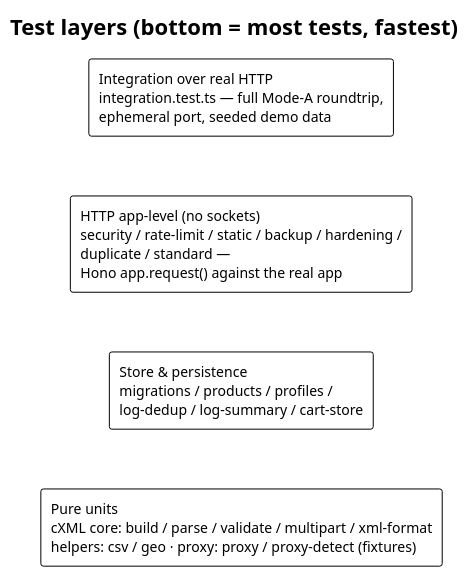
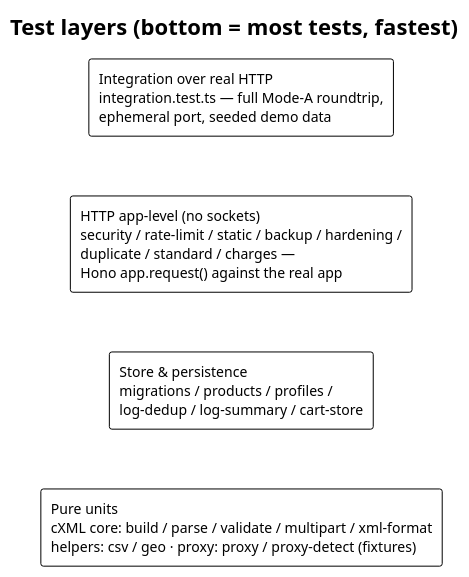
One commit to slawomir-szostak/punchout-simulator changed the diagram in docs/diagrams/test-layers.puml. Above: the diagram before and after it, drawn with PlantUML. The commit also changed 28 other files, not shown here.

```diff
--- a/docs/diagrams/test-layers.puml
+++ b/docs/diagrams/test-layers.puml
@@ -1,13 +1,13 @@
 @startuml test-layers
 !theme plain
 title Test layers (bottom = most tests, fastest)
 
 rectangle "Integration over real HTTP\nintegration.test.ts — full Mode-A roundtrip,\nephemeral port, seeded demo data" as L4
-rectangle "HTTP app-level (no sockets)\nsecurity / rate-limit / static / backup / hardening /\nduplicate / standard —\nHono app.request() against the real app" as L3
+rectangle "HTTP app-level (no sockets)\nsecurity / rate-limit / static / backup / hardening /\nduplicate / standard / charges —\nHono app.request() against the real app" as L3
 rectangle "Store & persistence\nmigrations / products / profiles /\nlog-dedup / log-summary / cart-store" as L2
 rectangle "Pure units\ncXML core: build / parse / validate / multipart / xml-format\nhelpers: csv / geo · proxy: proxy / proxy-detect (fixtures)" as L1
 
 L4 -[hidden]down- L3
 L3 -[hidden]down- L2
 L2 -[hidden]down- L1
 @enduml
```
